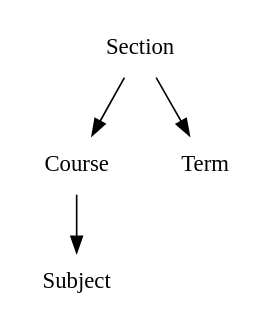
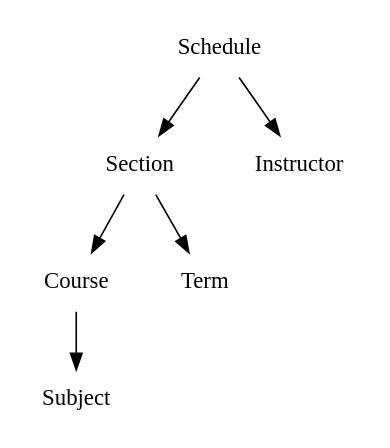
Before and after one commit to rdrake/Molly: the diagram in thesis/document/figures/graphs/dot/Thesis-dot2tex-fig1.dot, drawn with Graphviz. The commit also changed 6 other files, not shown here.

```diff
--- a/thesis/document/figures/graphs/dot/Thesis-dot2tex-fig1.dot
+++ b/thesis/document/figures/graphs/dot/Thesis-dot2tex-fig1.dot
@@ -1,7 +1,9 @@
 digraph G {
-node [shape=plaintext]; Subject; Course; Term; Section;
+node [shape=plaintext]; Subject; Course; Term; Section; Schedule; Instructor;
 
 Course -> Subject;
 Section -> Term
 Section -> Course;
+Schedule -> Section;
+Schedule -> Instructor;
 }
```
